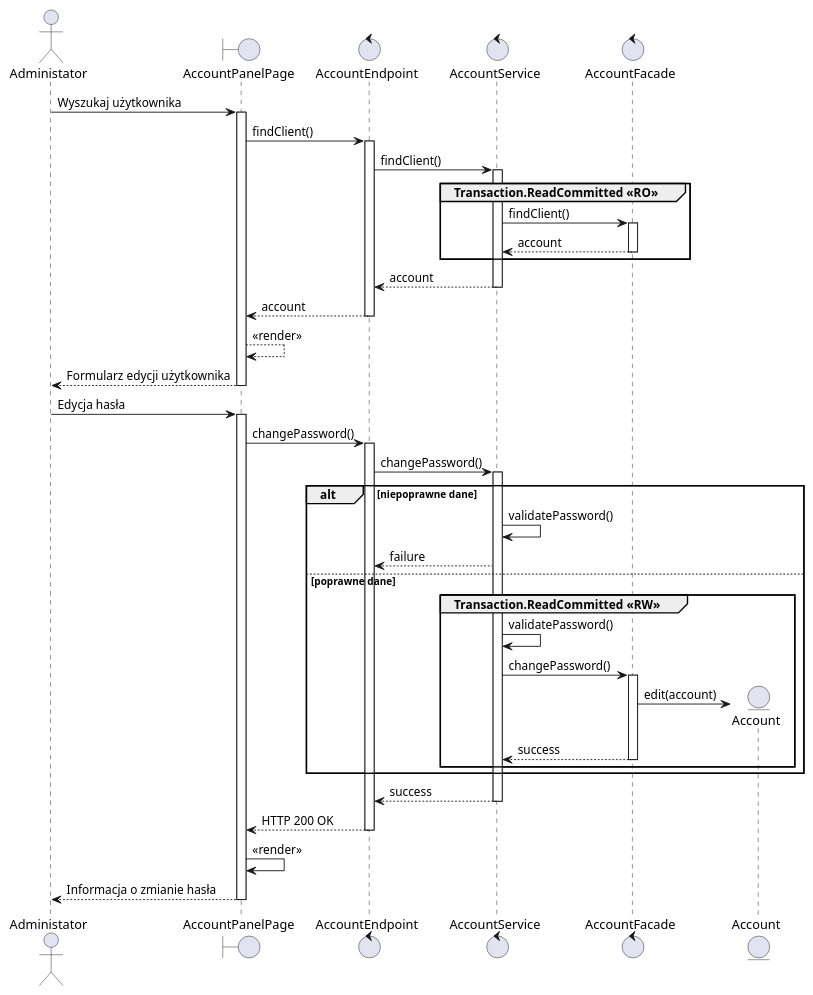
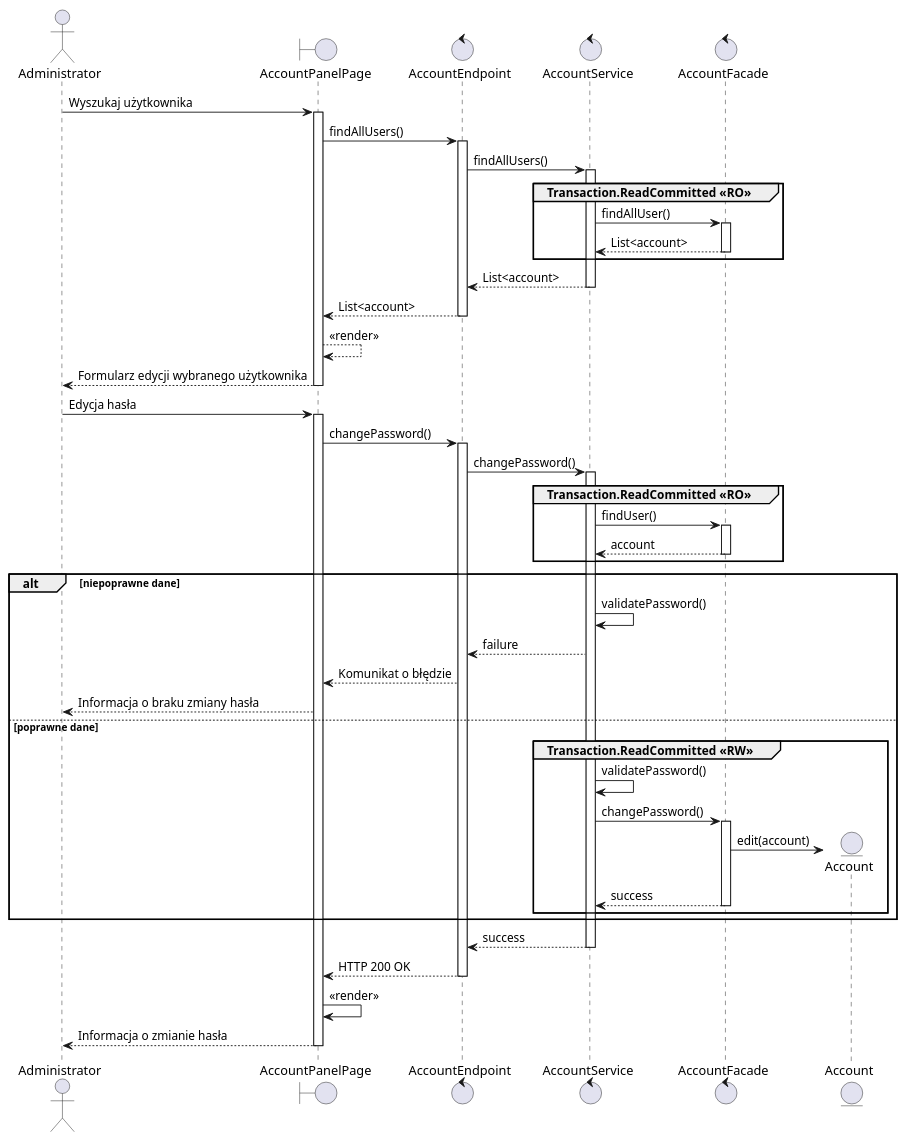
One commit to TheVivent-Politechnika-Lodzka/ssbd03_kic_uml changed the diagram in src/rozdział 7/mok8.puml. Above: the diagram before and after it, drawn with PlantUML.

Commit message:
Zmiana Mok8

```diff
--- a/src/rozdział 7/mok8.puml
+++ b/src/rozdział 7/mok8.puml
@@ -1,47 +1,55 @@
 @startuml MOK.8
 
-actor Administator as client
+actor Administrator as client
 boundary AccountPanelPage as gui
 control AccountEndpoint as controller
 control AccountService as service
 control AccountFacade as facade
 entity Account as account
 
 client -> gui ++ : Wyszukaj użytkownika
-gui -> controller ++ :  findClient()
-controller -> service ++ : findClient()
+gui -> controller ++ :  findAllUsers()
+controller -> service ++ : findAllUsers()
 group Transaction.ReadCommitted <<RO>>
-    service -> facade ++ : findClient()
-    return account
+    service -> facade ++ : findAllUser()
+    return List<account>
 end
-return account
-return account
+return List<account>
+return List<account>
 gui --> gui : <<render>>
-return Formularz edycji użytkownika
+return Formularz edycji wybranego użytkownika
 
 client -> gui ++ : Edycja hasła
 gui -> controller ++ : changePassword()
 controller -> service ++ : changePassword() 
 ' group Transaction. ?????
 ' service -> service : validatePassword()
 ' znajdz konto
 
+group Transaction.ReadCommitted <<RO>>
+    service -> facade ++ : findUser()
+    return account
+end
+
 alt niepoprawne dane
     service -> service : validatePassword()
     service --> controller : failure
+    controller --> gui : Komunikat o błędzie
+    gui --> client : Informacja o braku zmiany hasła
 else poprawne dane
     group Transaction.ReadCommitted <<RW>>
+    
         service -> service : validatePassword()
         service -> facade ++ : changePassword()
         facade -> account ** : edit(account)
     return success
     end
 end
 
 return success
 return HTTP 200 OK
 gui -> gui : <<render>>
 return Informacja o zmianie hasła
 
 
 @enduml
```
